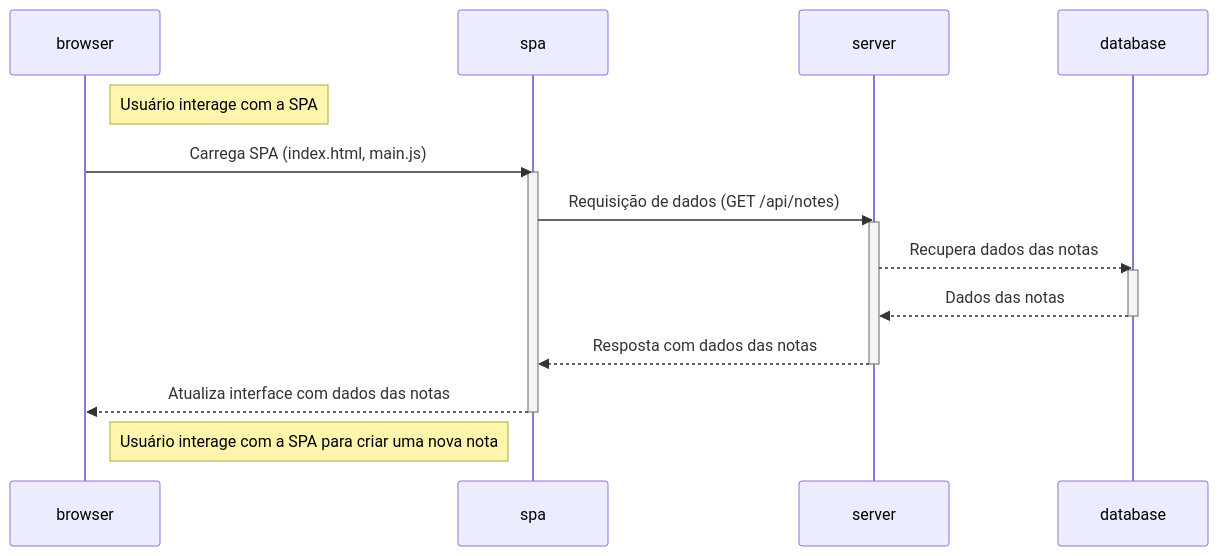
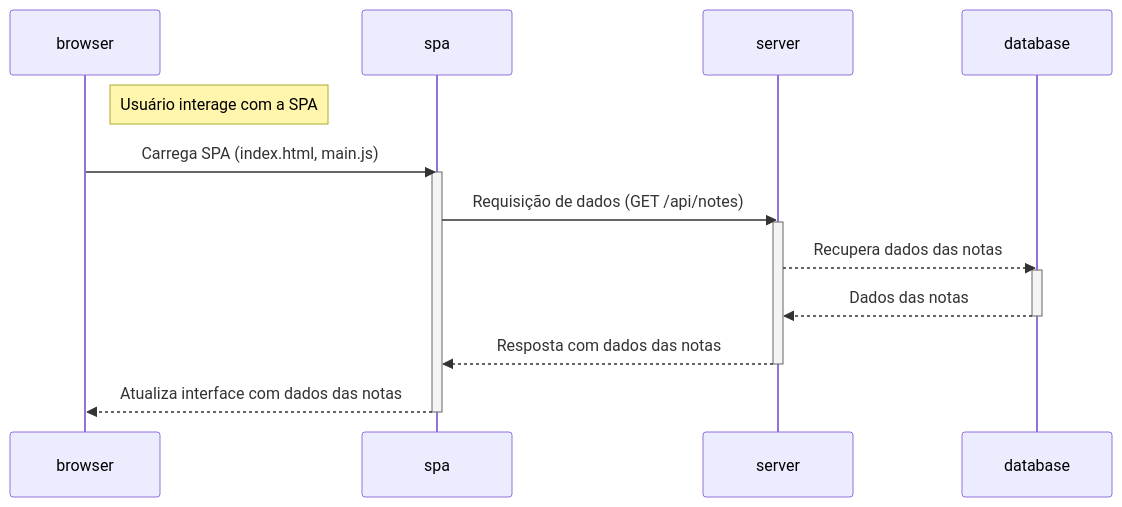
One commit to cesajr/teste-mermaid changed the second of 3 diagrams in README.md. Above: the diagram before and after it, drawn with Mermaid. The commit also changed other lines of this file, not shown here.

````diff
--- a/README.md
+++ b/README.md
@@ -63,24 +21,22 @@
 ```mermaid
 sequenceDiagram
     participant browser
     participant spa
     participant server
     participant database
 
     Note right of browser: Usuário interage com a SPA
 
     browser->>spa: Carrega SPA (index.html, main.js)
     activate spa
     spa->>server: Requisição de dados (GET /api/notes)
     activate server
     server-->>database: Recupera dados das notas
     activate database
     database-->>server: Dados das notas
     deactivate database
     server-->>spa: Resposta com dados das notas
     deactivate server
     spa-->>browser: Atualiza interface com dados das notas
     deactivate spa
-
-    Note right of browser: Usuário interage com a SPA para criar uma nova nota
 ```
````
